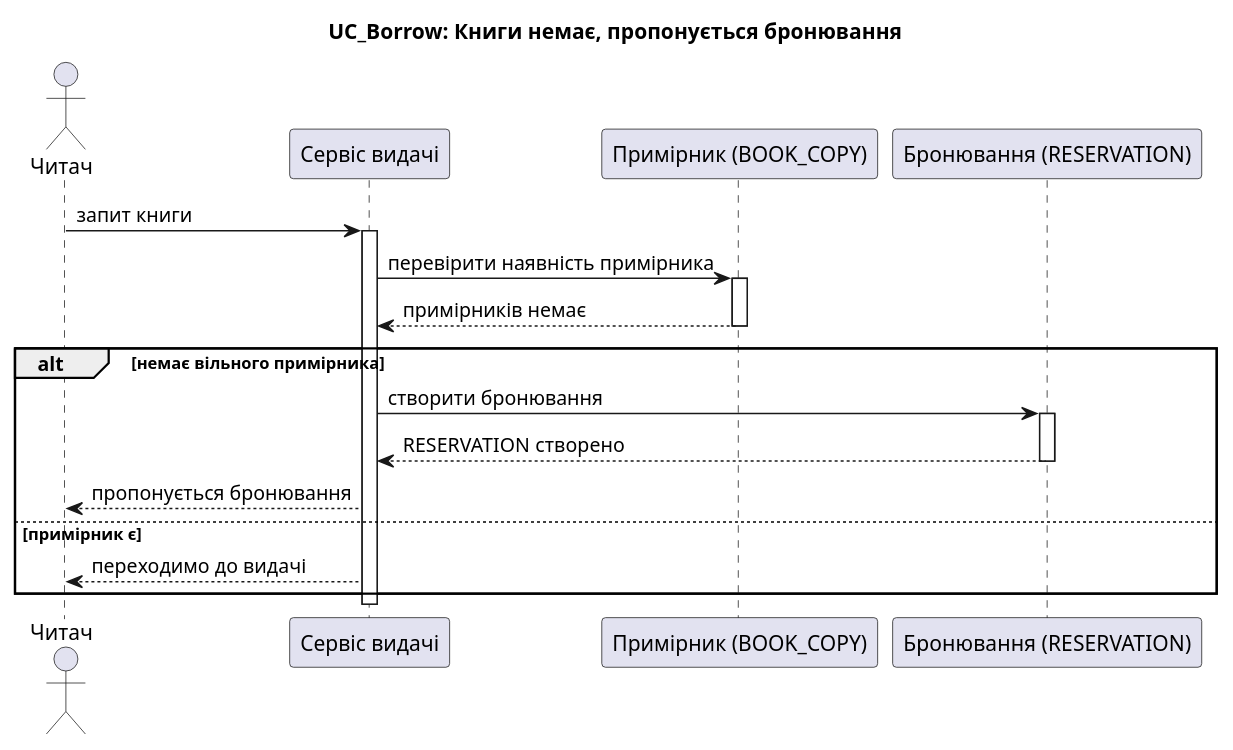
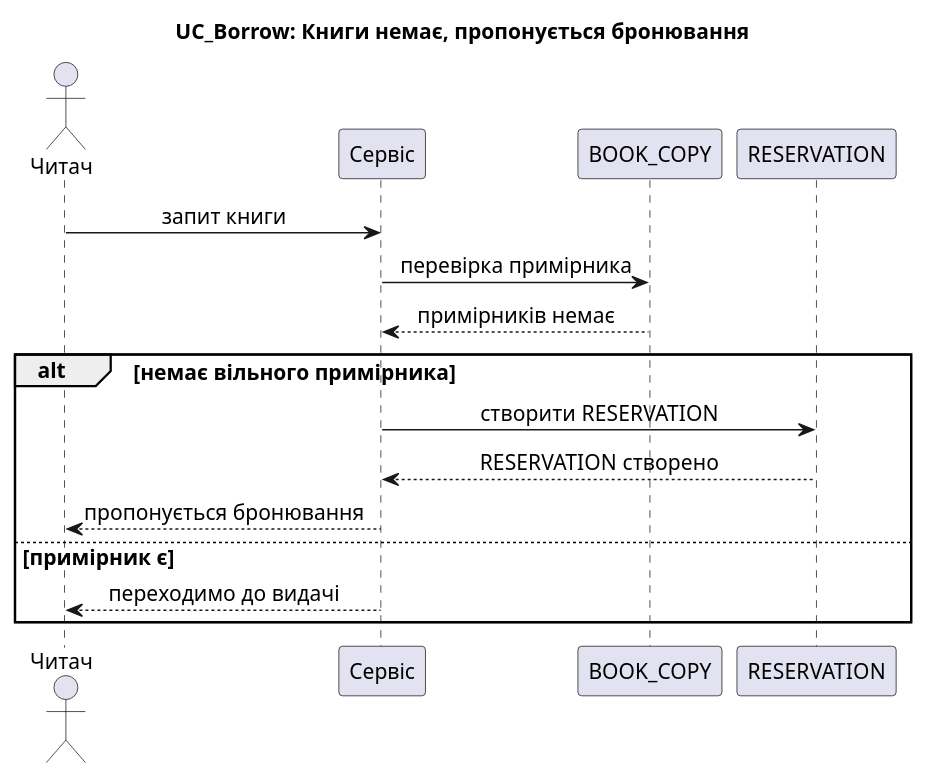
Before and after one commit to veronikapaschenkor29-png/Library-Modeling-and-Analysis-of-Software-Requirements: the second of 5 diagrams in task-3/sequence.puml, drawn with PlantUML. The commit also changed other lines of this file and 1 other file, not shown here.

First line of the commit message:
docs(task-3): remove activation bars from sequence diagrams

```diff
--- a/task-3/sequence.puml
+++ b/task-3/sequence.puml
@@ -32,23 +26,19 @@
 @startuml S2_NoCopy_Reserve
+skinparam sequenceMessageAlign center
+skinparam defaultFontSize 14
 title UC_Borrow: Книги немає, пропонується бронювання
 actor "Читач" as R
-participant "Сервіс видачі" as S
-participant "Примірник (BOOK_COPY)" as C
-participant "Бронювання (RESERVATION)" as RES
+participant "Сервіс" as S
+participant "BOOK_COPY" as C
+participant "RESERVATION" as RES
 R -> S : запит книги
-activate S
-S -> C : перевірити наявність примірника
-activate C
+S -> C : перевірка примірника
 C --> S : примірників немає
-deactivate C
 alt немає вільного примірника
-  S -> RES : створити бронювання
-  activate RES
+  S -> RES : створити RESERVATION
   RES --> S : RESERVATION створено
-  deactivate RES
   S --> R : пропонується бронювання
 else примірник є
   S --> R : переходимо до видачі
 end
-deactivate S
 @enduml
```
